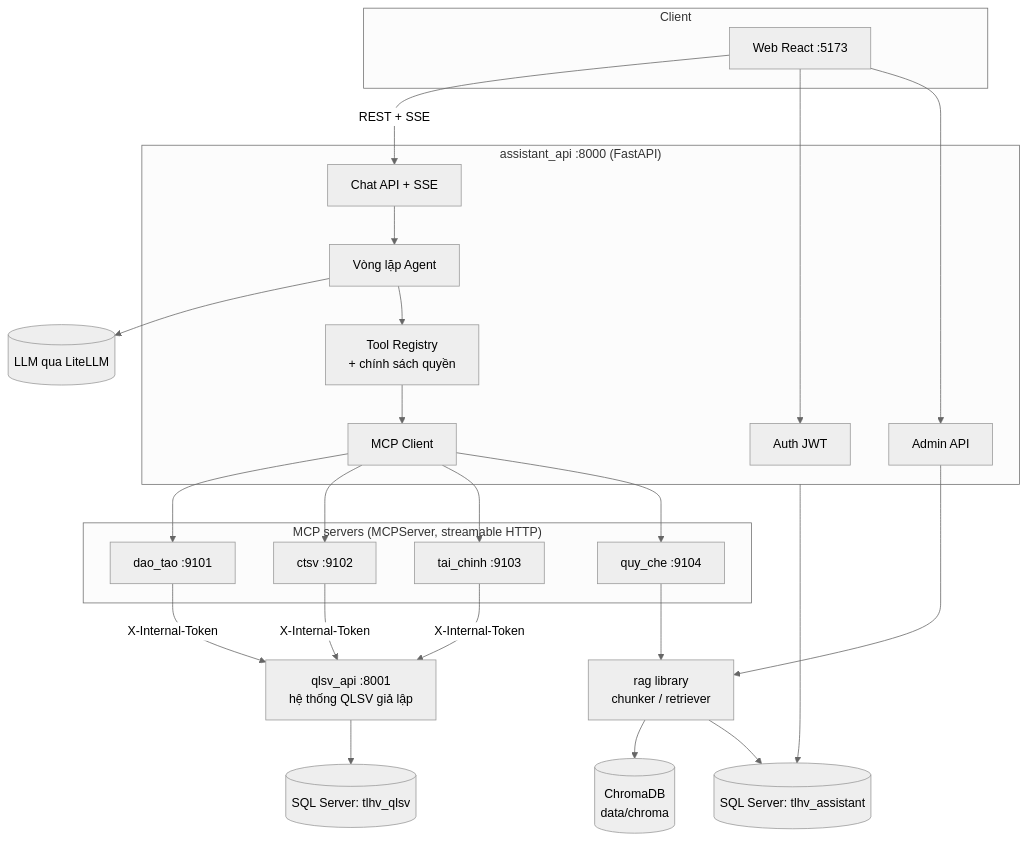
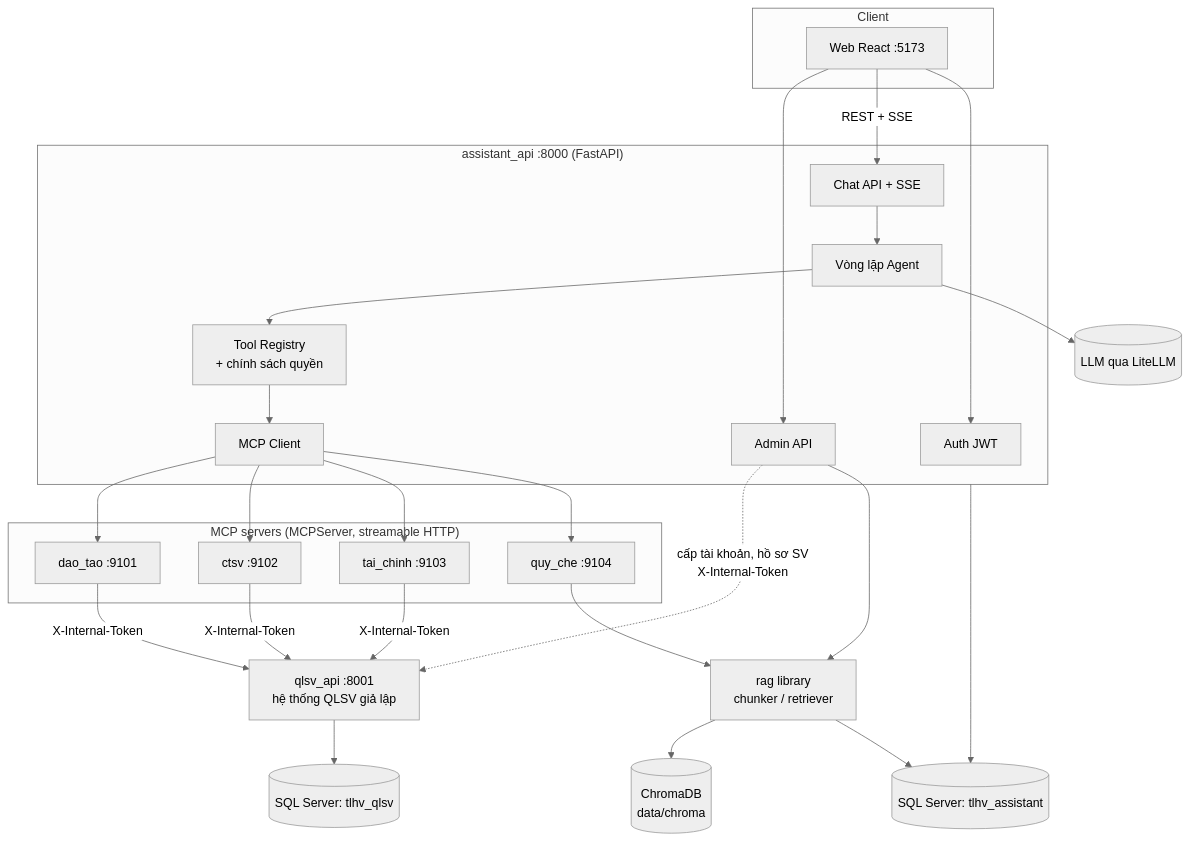
The first of 3 diagrams in docs/02-kien-truc.md (vuduytien2005/tro_ly_hoc_vu), drawn with Mermaid (neutral theme) before and after one commit. The commit also changed other lines of this file and 25 other files, not shown here.

First line of the commit message:
AD-09 + AD-10: quản lý tài khoản và trang Sinh viên (QLSV)

````diff
--- a/docs/02-kien-truc.md
+++ b/docs/02-kien-truc.md
@@ -5,42 +5,43 @@
 ```mermaid
 flowchart TB
     subgraph Client
         WEB[Web React :5173]
     end
     subgraph Assistant["assistant_api :8000 (FastAPI)"]
         AUTH[Auth JWT]
         CHAT[Chat API + SSE]
         AGENT[Vòng lặp Agent]
         REG[Tool Registry<br/>+ chính sách quyền]
         MCPC[MCP Client]
         ADMIN[Admin API]
     end
     subgraph MCP["MCP servers (MCPServer, streamable HTTP)"]
         DT[dao_tao :9101]
         CT[ctsv :9102]
         TC[tai_chinh :9103]
         QC[quy_che :9104]
     end
     QLSV[qlsv_api :8001<br/>hệ thống QLSV giả lập]
     RAG[rag library<br/>chunker / retriever]
     LLM[(LLM qua LiteLLM)]
     DBA[(SQL Server: tlhv_assistant)]
     DBQ[(SQL Server: tlhv_qlsv)]
     CHROMA[(ChromaDB<br/>data/chroma)]
 
     WEB -->|REST + SSE| CHAT
     WEB --> AUTH
     WEB --> ADMIN
     CHAT --> AGENT
     AGENT --> LLM
     AGENT --> REG
     REG --> MCPC
     MCPC --> DT & CT & TC & QC
     DT & CT & TC -->|X-Internal-Token| QLSV
     QLSV --> DBQ
     QC --> RAG
     RAG --> CHROMA
     RAG --> DBA
     ADMIN --> RAG
+    ADMIN -.->|cấp tài khoản, hồ sơ SV<br/>X-Internal-Token| QLSV
     Assistant --> DBA
 ```
````
